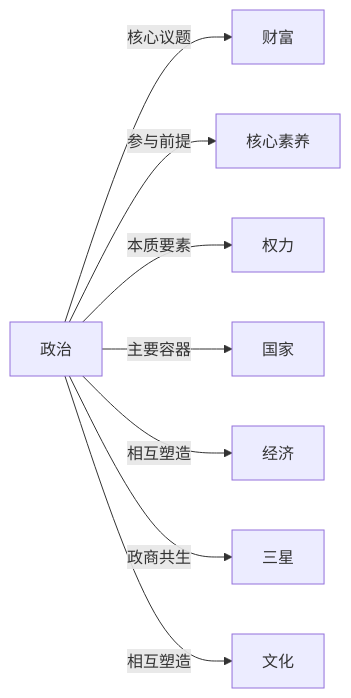
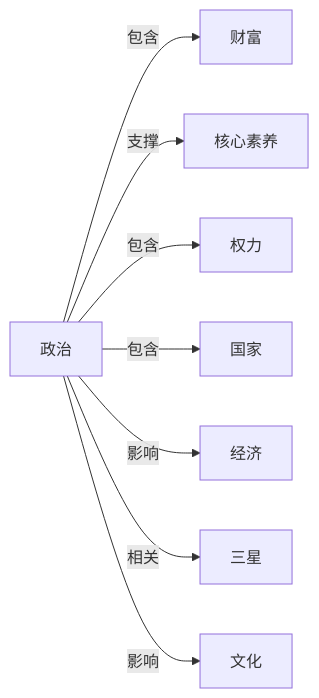
One commit to KIMMCHOW/MyKnowledge changed the diagram in Knowledge/Concepts/政治/政治.md. Above: the diagram before and after it, drawn with Mermaid. The commit also changed 95 other files, not shown here.

Commit message:
reorganize: 统一关系图边标签为11类

````diff
--- a/Knowledge/Concepts/政治/政治.md
+++ b/Knowledge/Concepts/政治/政治.md
@@ -48,10 +48,10 @@
 ```mermaid
 graph LR
-政治 -->|核心议题| 财富
-政治 -->|参与前提| 核心素养
-政治 -->|本质要素| 权力
-政治 -->|主要容器| 国家
-政治 -->|相互塑造| 经济
-政治 -->|政商共生| 三星
-政治 -->|相互塑造| 文化
+政治 -->|包含| 财富
+政治 -->|支撑| 核心素养
+政治 -->|包含| 权力
+政治 -->|包含| 国家
+政治 -->|影响| 经济
+政治 -->|相关| 三星
+政治 -->|影响| 文化
 ```
````
